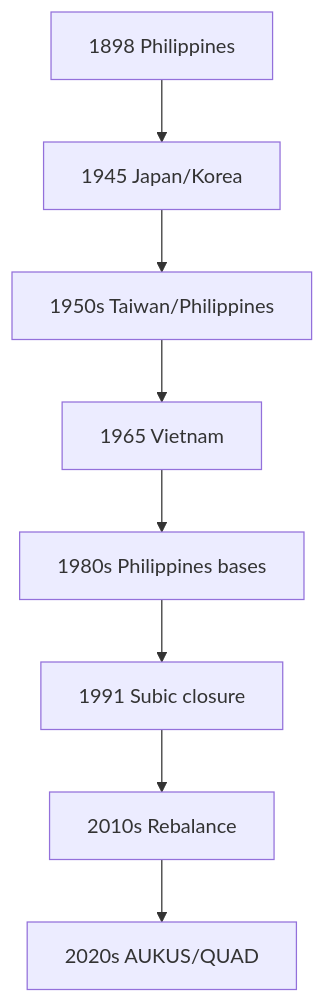
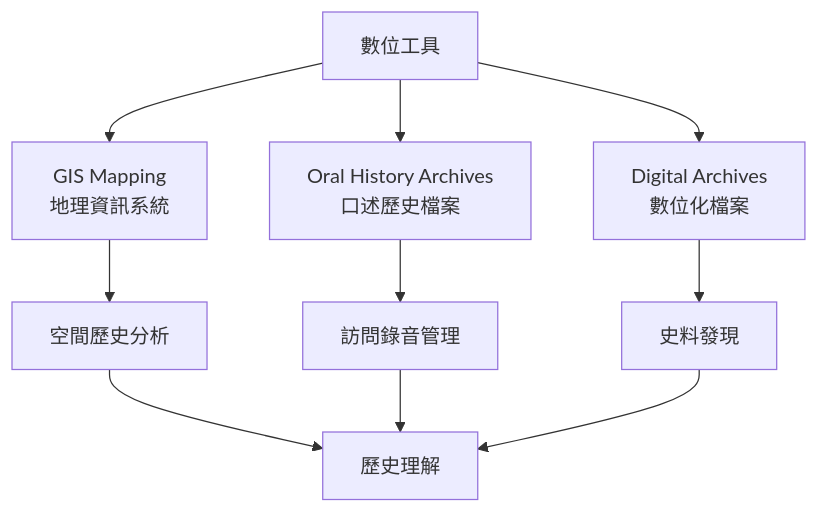
One commit to yip-lgtm/HKU-Harvard-History-Self-Study changed the ninth of 10 diagrams in 01_HKU_Courses/HIST4028_History_without_Borders.md. Above: the diagram before and after it, drawn with Mermaid. The commit also changed other lines of this file and 65 other files, not shown here.

````diff
--- a/01_HKU_Courses/HIST4028_History_without_Borders.md
+++ b/01_HKU_Courses/HIST4028_History_without_Borders.md
@@ -408,10 +379,12 @@
 ```mermaid
-graph TD
-    A[1898 Philippines] --> B[1945 Japan/Korea]
-    B --> C[1950s Taiwan/Philippines]
-    C --> D[1965 Vietnam]
-    D --> E[1980s Philippines bases]
-    E --> F[1991 Subic closure]
-    F --> G[2010s Rebalance]
-    G --> H[2020s AUKUS/QUAD]
+flowchart TD
+    A[數位工具] --> B[GIS Mapping<br/>地理資訊系統]
+    A --> C[Oral History Archives<br/>口述歷史檔案]
+    A --> D[Digital Archives<br/>數位化檔案]
+    B --> E[空間歷史分析]
+    C --> F[訪問錄音管理]
+    D --> G[史料發現]
+    E --> H[歷史理解]
+    F --> H
+    G --> H
 ```
````
